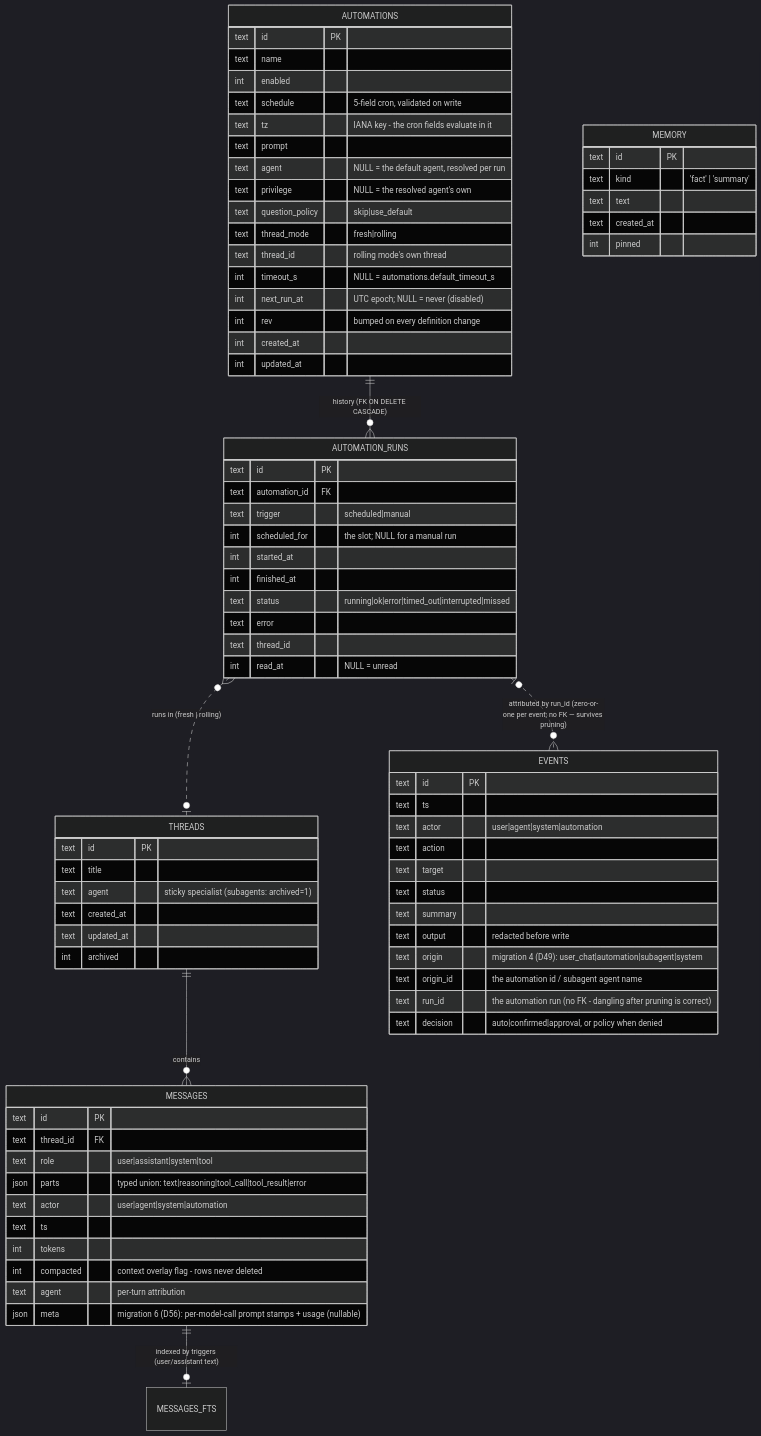
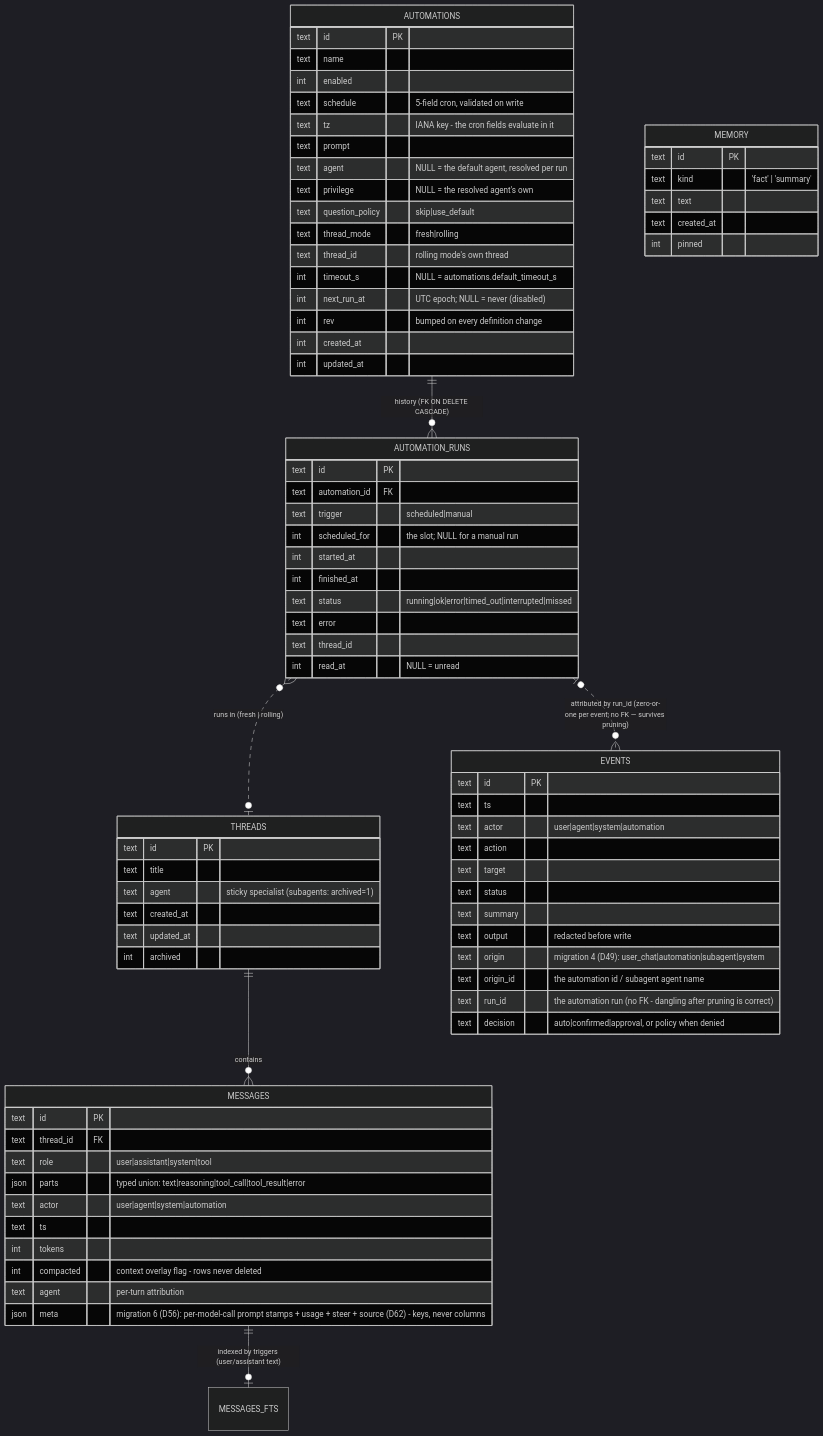
Before and after one commit to nengoxx/ctrl-b: the tenth of 11 diagrams in docs/SPEC.md, drawn with Mermaid (dark theme). The commit also changed other lines of this file and 16 other files, not shown here.

First line of the commit message:
feat(chat): D62 — per-message serve attribution (source record + endpoint chip + tap disclosure)

````diff
--- a/docs/SPEC.md
+++ b/docs/SPEC.md
@@ -373,79 +373,79 @@
 ```mermaid
 erDiagram
     THREADS ||--o{ MESSAGES : contains
     MESSAGES ||--o| MESSAGES_FTS : "indexed by triggers (user/assistant text)"
     AUTOMATIONS ||--o{ AUTOMATION_RUNS : "history (FK ON DELETE CASCADE)"
     AUTOMATION_RUNS }o..o| THREADS : "runs in (fresh | rolling)"
     AUTOMATION_RUNS |o..o{ EVENTS : "attributed by run_id (zero-or-one per event; no FK — survives pruning)"
     THREADS {
         text id PK
         text title
         text agent "sticky specialist (subagents: archived=1)"
         text created_at
         text updated_at
         int archived
     }
     MESSAGES {
         text id PK
         text thread_id FK
         text role "user|assistant|system|tool"
         json parts "typed union: text|reasoning|tool_call|tool_result|error"
         text actor "user|agent|system|automation"
         text ts
         int tokens
         int compacted "context overlay flag - rows never deleted"
         text agent "per-turn attribution"
-        json meta "migration 6 (D56): per-model-call prompt stamps + usage (nullable)"
+        json meta "migration 6 (D56): per-model-call prompt stamps + usage + steer + source (D62) - keys, never columns"
     }
     EVENTS {
         text id PK
         text ts
         text actor "user|agent|system|automation"
         text action
         text target
         text status
         text summary
         text output "redacted before write"
         text origin "migration 4 (D49): user_chat|automation|subagent|system"
         text origin_id "the automation id / subagent agent name"
         text run_id "the automation run (no FK - dangling after pruning is correct)"
         text decision "auto|confirmed|approval, or policy when denied"
     }
     AUTOMATIONS {
         text id PK
         text name
         int enabled
         text schedule "5-field cron, validated on write"
         text tz "IANA key - the cron fields evaluate in it"
         text prompt
         text agent "NULL = the default agent, resolved per run"
         text privilege "NULL = the resolved agent's own"
         text question_policy "skip|use_default"
         text thread_mode "fresh|rolling"
         text thread_id "rolling mode's own thread"
         int timeout_s "NULL = automations.default_timeout_s"
         int next_run_at "UTC epoch; NULL = never (disabled)"
         int rev "bumped on every definition change"
         int created_at
         int updated_at
     }
     AUTOMATION_RUNS {
         text id PK
         text automation_id FK
         text trigger "scheduled|manual"
         int scheduled_for "the slot; NULL for a manual run"
         int started_at
         int finished_at
         text status "running|ok|error|timed_out|interrupted|missed"
         text error
         text thread_id
         int read_at "NULL = unread"
     }
     MEMORY {
         text id PK
         text kind "'fact' | 'summary'"
         text text
         text created_at
         int pinned
     }
 ```
````
